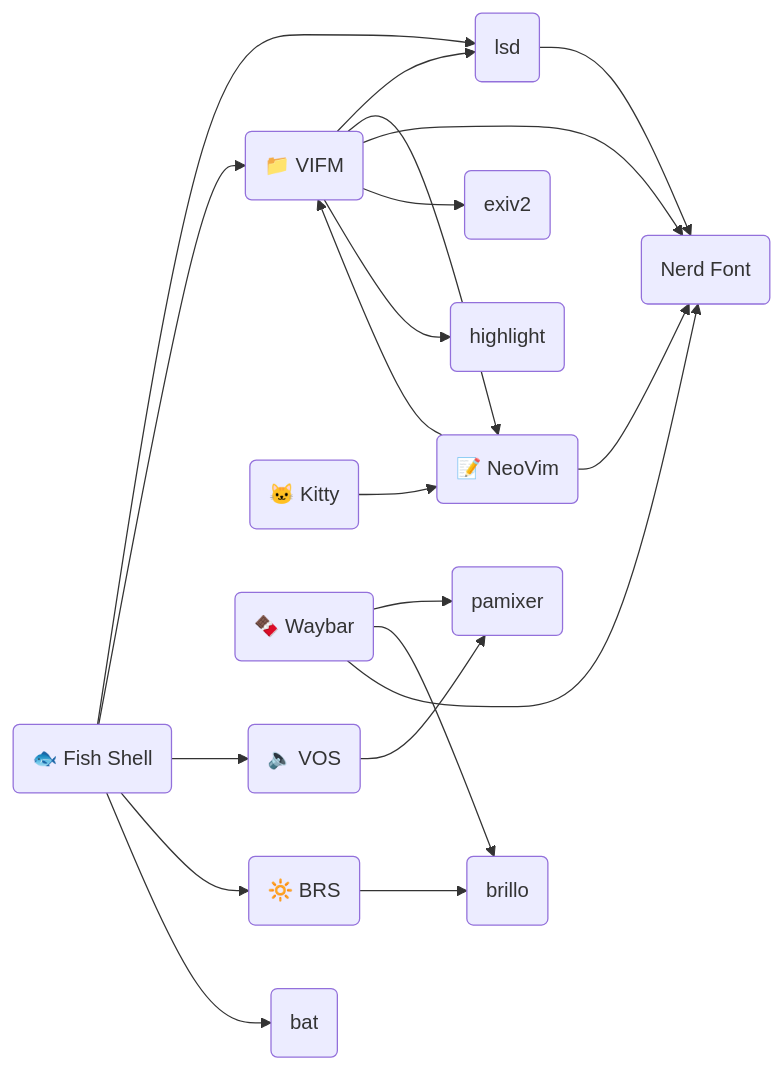
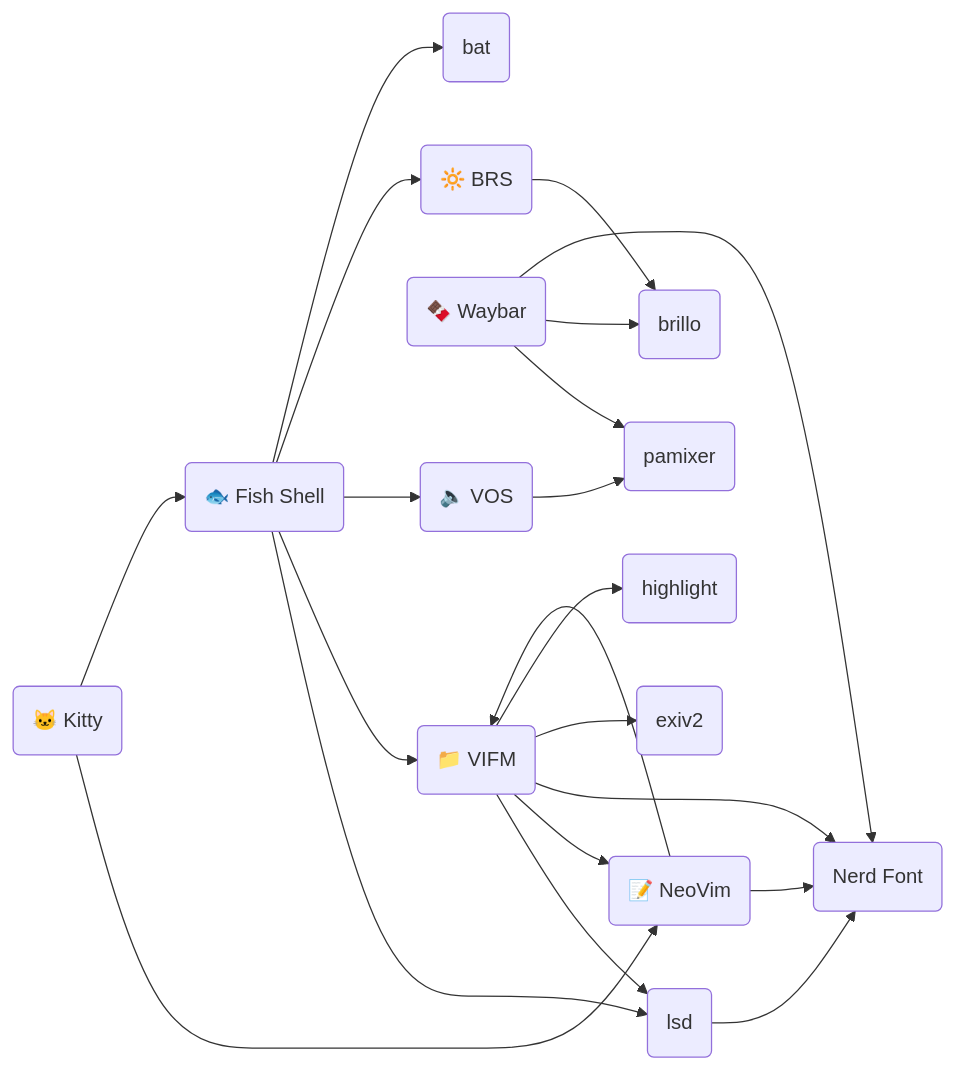
One commit to MidHunterX/Hunter-OS changed the diagram in README.md. Above: the diagram before and after it, drawn with Mermaid.

Commit message:
📖 Added: 1 Dependency Link

````diff
--- a/README.md
+++ b/README.md
@@ -267,37 +267,38 @@
 ```mermaid
 graph LR
 vifm(📁 VIFM)
 ls(lsd)
 cat(bat)
 exif(exiv2)
 syntax(highlight)
 nvim(📝 NeoVim)
-term(🐱 Kitty)
+kitty(🐱 Kitty)
 fish(🐟 Fish Shell)
 volume(pamixer)
-backlight(brillo)
+brillo(brillo)
 waybar(🍫 Waybar)
 nf(Nerd Font)
 vos(🔈 VOS)
 brs(🔆 BRS)
 
 vifm --> ls
 vifm --> nvim
 vifm --> nf
 vifm --> exif
 vifm --> syntax
 fish --> ls
 ls --> nf
 fish --> vifm
 fish --> vos
 fish --> brs
 fish --> cat
 nvim --> vifm
 nvim --> nf
-term --> nvim
+kitty --> nvim
+kitty --> fish
 waybar --> volume
-waybar --> backlight
+waybar --> brillo
 waybar --> nf
 vos --> volume
-brs --> backlight
+brs --> brillo
 ```
````
